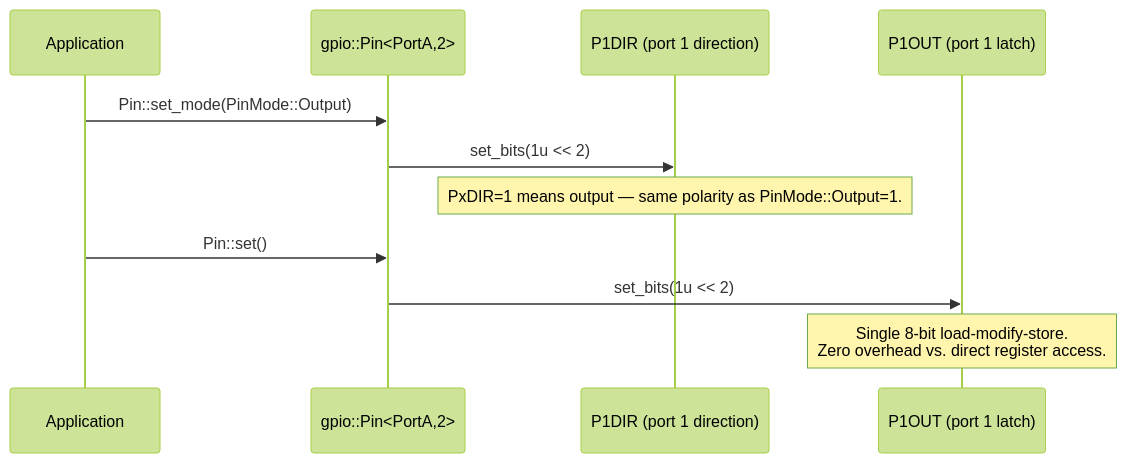
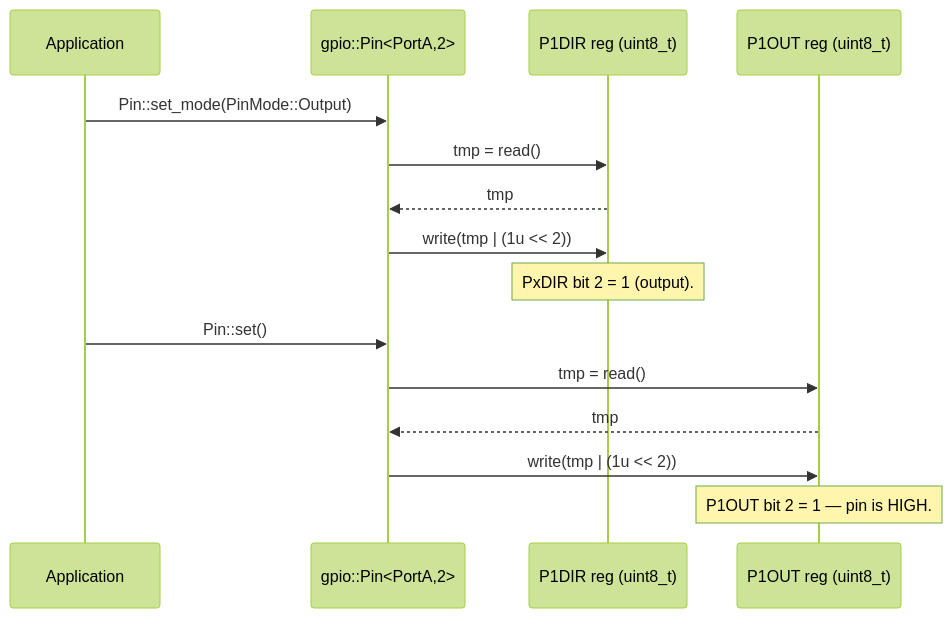
One commit to grahame-org/ohal changed the diagram in docs/steps/step-09-msp430fr2355-gpio.md. Above: the diagram before and after it, drawn with Mermaid (forest theme). The commit also changed other lines of this file and 2 other files, not shown here.

````diff
--- a/docs/steps/step-09-msp430fr2355-gpio.md
+++ b/docs/steps/step-09-msp430fr2355-gpio.md
@@ -81,15 +90,19 @@
 ```mermaid
 sequenceDiagram
     participant App as Application
     participant Pin as gpio::Pin<PortA,2>
-    participant DIR as P1DIR (port 1 direction)
-    participant OUT as P1OUT (port 1 latch)
+    participant DIR as P1DIR reg (uint8_t)
+    participant OUT as P1OUT reg (uint8_t)
 
     App->>Pin: Pin::set_mode(PinMode::Output)
-    Pin->>DIR: set_bits(1u << 2)
-    Note over DIR: PxDIR=1 means output — same polarity as PinMode::Output=1.
+    Pin->>DIR: tmp = read()
+    DIR-->>Pin: tmp
+    Pin->>DIR: write(tmp | (1u << 2))
+    Note over DIR: PxDIR bit 2 = 1 (output).
 
     App->>Pin: Pin::set()
-    Pin->>OUT: set_bits(1u << 2)
-    Note over OUT: Single 8-bit load-modify-store.<br/>Zero overhead vs. direct register access.
+    Pin->>OUT: tmp = read()
+    OUT-->>Pin: tmp
+    Pin->>OUT: write(tmp | (1u << 2))
+    Note over OUT: P1OUT bit 2 = 1 — pin is HIGH.
 ```
````
